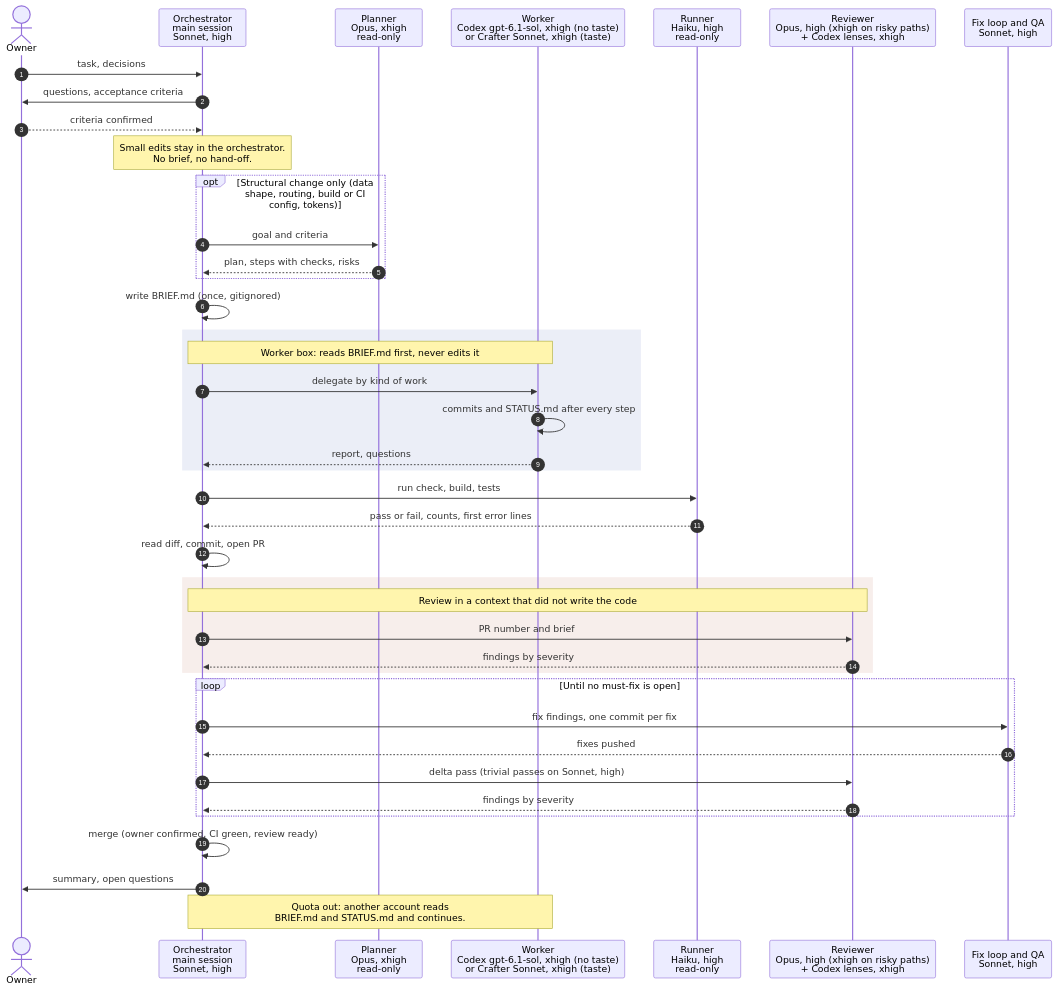
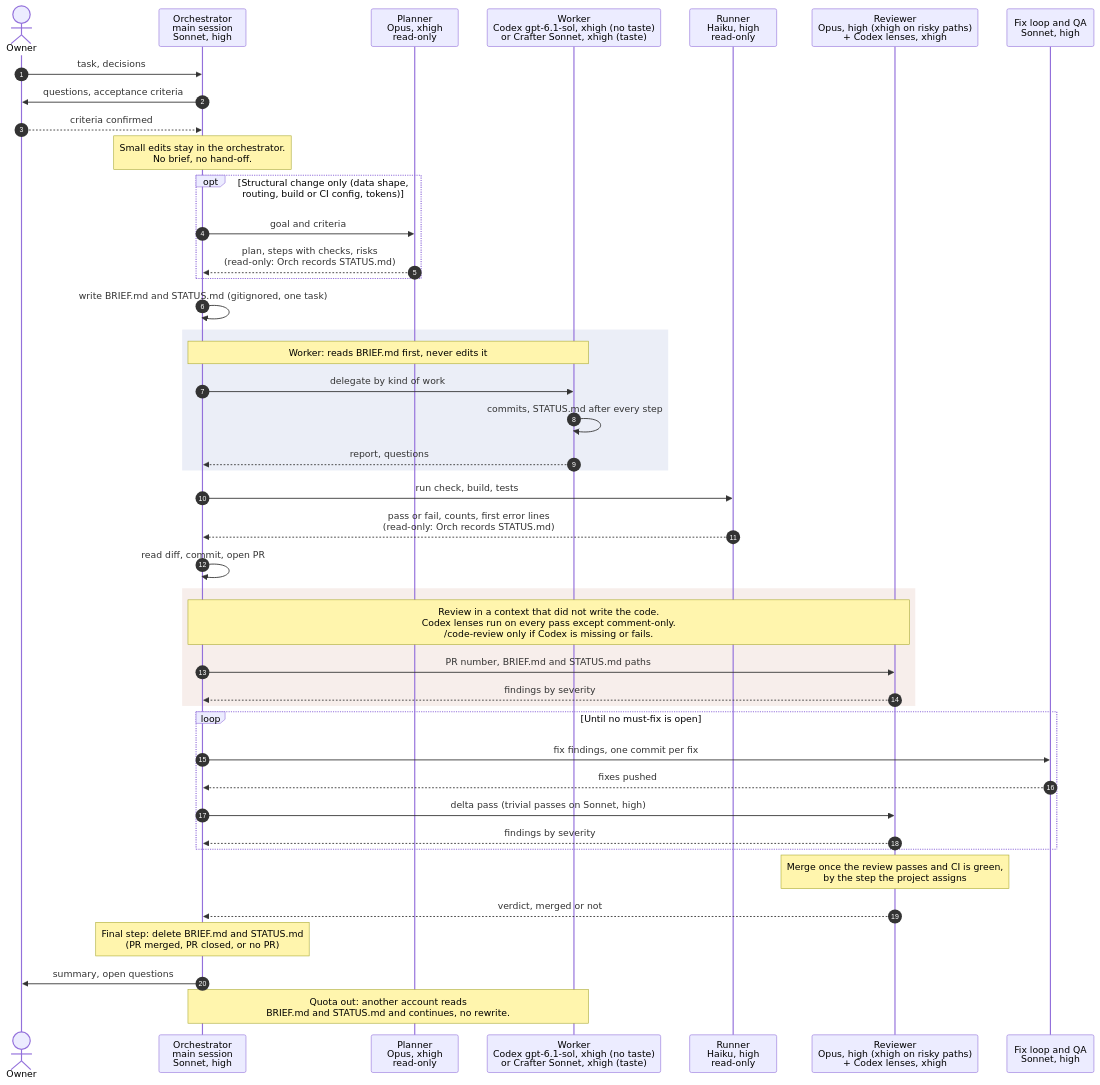
One commit to ViacheslavDanilov/agent-routing changed the diagram in README.md. Above: the diagram before and after it, drawn with Mermaid. The commit also changed other lines of this file and 11 other files, not shown here.

````diff
--- a/README.md
+++ b/README.md
@@ -29,44 +33,46 @@
 ```mermaid
 sequenceDiagram
     autonumber
     actor Owner
     participant Orch as Orchestrator<br/>main session<br/>Sonnet, high
     participant Plan as Planner<br/>Opus, xhigh<br/>read-only
     participant Work as Worker<br/>Codex gpt-6.1-sol, xhigh (no taste)<br/>or Crafter Sonnet, xhigh (taste)
     participant Run as Runner<br/>Haiku, high<br/>read-only
     participant Rev as Reviewer<br/>Opus, high (xhigh on risky paths)<br/>+ Codex lenses, xhigh
     participant Fix as Fix loop and QA<br/>Sonnet, high
 
     Owner->>Orch: task, decisions
     Orch->>Owner: questions, acceptance criteria
     Owner-->>Orch: criteria confirmed
     Note over Orch: Small edits stay in the orchestrator.<br/>No brief, no hand-off.
     opt Structural change only (data shape, routing, build or CI config, tokens)
         Orch->>Plan: goal and criteria
-        Plan-->>Orch: plan, steps with checks, risks
+        Plan-->>Orch: plan, steps with checks, risks<br/>(read-only: Orch records STATUS.md)
     end
-    Orch->>Orch: write BRIEF.md (once, gitignored)
+    Orch->>Orch: write BRIEF.md and STATUS.md (gitignored, one task)
     rect rgba(120, 140, 200, 0.15)
-        Note over Orch,Work: Worker box: reads BRIEF.md first, never edits it
+        Note over Orch,Work: Worker: reads BRIEF.md first, never edits it
         Orch->>Work: delegate by kind of work
-        Work->>Work: commits and STATUS.md after every step
+        Work->>Work: commits, STATUS.md after every step
         Work-->>Orch: report, questions
     end
     Orch->>Run: run check, build, tests
-    Run-->>Orch: pass or fail, counts, first error lines
+    Run-->>Orch: pass or fail, counts, first error lines<br/>(read-only: Orch records STATUS.md)
     Orch->>Orch: read diff, commit, open PR
     rect rgba(200, 140, 120, 0.15)
-        Note over Orch,Rev: Review in a context that did not write the code
-        Orch->>Rev: PR number and brief
+        Note over Orch,Rev: Review in a context that did not write the code.<br/>Codex lenses run on every pass except comment-only.<br/>/code-review only if Codex is missing or fails.
+        Orch->>Rev: PR number, BRIEF.md and STATUS.md paths
         Rev-->>Orch: findings by severity
     end
     loop Until no must-fix is open
         Orch->>Fix: fix findings, one commit per fix
         Fix-->>Orch: fixes pushed
         Orch->>Rev: delta pass (trivial passes on Sonnet, high)
         Rev-->>Orch: findings by severity
     end
-    Orch->>Orch: merge (owner confirmed, CI green, review ready)
+    Note over Rev: Merge once the review passes and CI is green,<br/>by the step the project assigns
+    Rev-->>Orch: verdict, merged or not
+    Note over Orch: Final step: delete BRIEF.md and STATUS.md<br/>(PR merged, PR closed, or no PR)
     Orch->>Owner: summary, open questions
-    Note over Orch,Work: Quota out: another account reads<br/>BRIEF.md and STATUS.md and continues.
+    Note over Orch,Work: Quota out: another account reads<br/>BRIEF.md and STATUS.md and continues, no rewrite.
 ```
````
